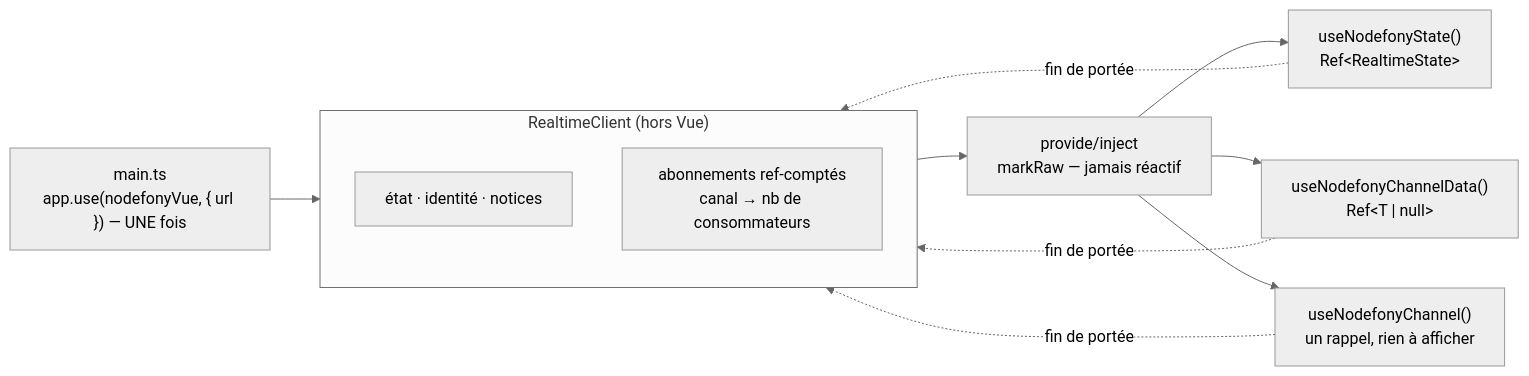
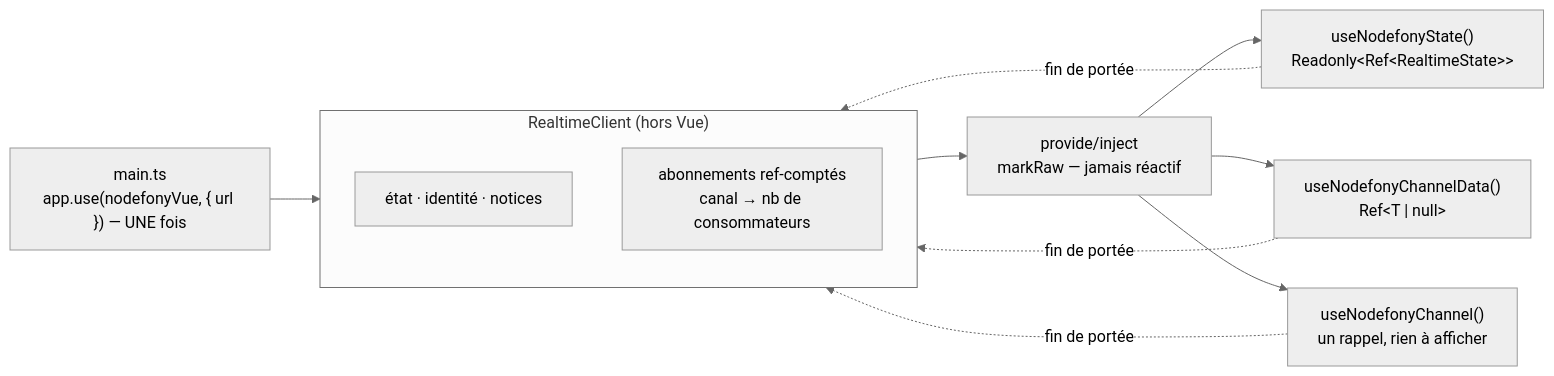
The diagram in src/nodefony/docs/vue-composables.md (nodefony/nodefony-core), drawn with Mermaid (neutral theme) before and after one commit. The commit also changed other lines of this file and 5 other files, not shown here.

````diff
--- a/src/nodefony/docs/vue-composables.md
+++ b/src/nodefony/docs/vue-composables.md
@@ -45,16 +45,16 @@
 ```mermaid
 flowchart LR
   APP["main.ts<br/>app.use(nodefonyVue, { url }) — UNE fois"] --> CL
   subgraph CL["RealtimeClient (hors Vue)"]
     direction TB
     S["état · identité · notices"]
     R["abonnements ref-comptés<br/>canal → nb de consommateurs"]
   end
   CL --> P["provide/inject<br/>markRaw — jamais réactif"]
-  P --> H1["useNodefonyState()<br/>Ref&lt;RealtimeState&gt;"]
+  P --> H1["useNodefonyState()<br/>Readonly&lt;Ref&lt;RealtimeState&gt;&gt;"]
   P --> H2["useNodefonyChannelData()<br/>Ref&lt;T | null&gt;"]
   P --> H3["useNodefonyChannel()<br/>un rappel, rien à afficher"]
   H1 -. "fin de portée" .-> R
   H2 -. "fin de portée" .-> R
   H3 -. "fin de portée" .-> R
 ```
````
